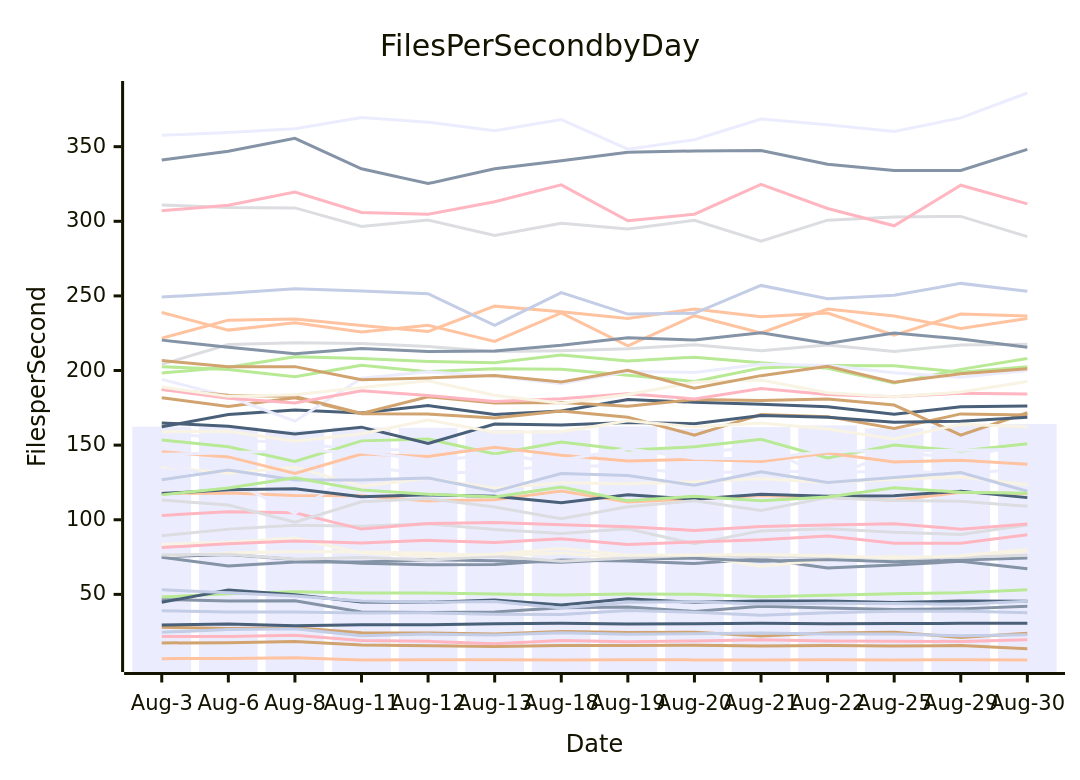
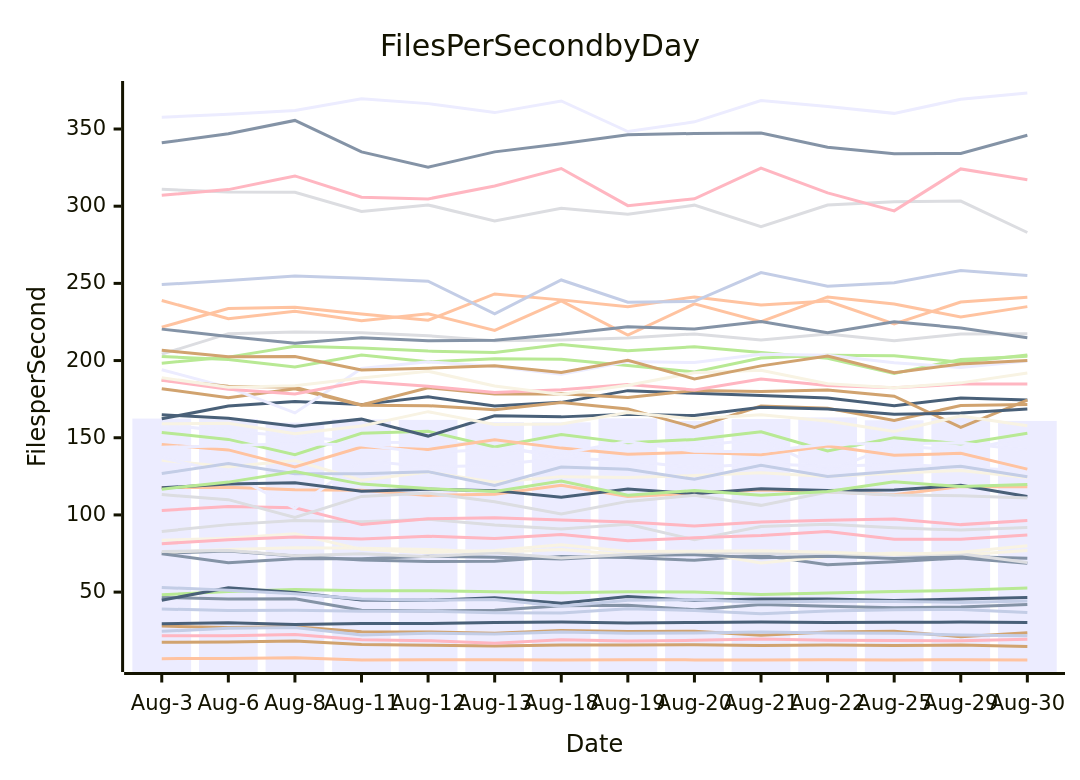
One commit to streetsidesoftware/cspell changed the diagram in perf-report.md. Above: the diagram before and after it, drawn with Mermaid. The commit also changed other lines of this file and 1 other file, not shown here.

````diff
--- a/perf-report.md
+++ b/perf-report.md
@@ -10,57 +10,57 @@
 ```mermaid
 xychart-beta
     title Files Per Second by Day
     y-axis Files per Second
     x-axis Date [Aug-3, Aug-6, Aug-8, Aug-11, Aug-12, Aug-13, Aug-18, Aug-19, Aug-20, Aug-21, Aug-22, Aug-25, Aug-29, Aug-30]
-    bar [162.42, 162.15, 159.78, 161.87, 161.59, 160.12, 160.00, 162.54, 160.82, 162.11, 163.20, 161.31, 162.91, 164.18]
-    line [46.57, 45.56, 45.66, 38.22, 37.79, 38.23, 41.09, 41.54, 38.59, 41.99, 40.85, 39.81, 40.28, 42.12]
-    line [6.91, 7.06, 7.47, 6.09, 6.22, 6.12, 6.05, 6.23, 6.09, 6.02, 6.19, 6.02, 6.20, 6.08]
-    line [89.32, 93.72, 96.32, 95.66, 97.25, 93.41, 90.83, 93.92, 83.91, 92.53, 93.93, 91.70, 90.17, 96.51]
-    line [48.27, 50.39, 51.68, 50.89, 50.88, 50.22, 49.59, 50.25, 50.03, 48.40, 49.47, 50.47, 51.15, 53.13]
-    line [27.98, 27.09, 27.59, 24.33, 24.19, 23.40, 25.07, 24.48, 24.64, 22.11, 24.14, 24.67, 21.16, 23.93]
-    line [24.58, 26.54, 27.00, 22.24, 23.36, 22.81, 24.23, 23.27, 23.59, 24.08, 23.43, 23.40, 22.23, 22.88]
-    line [102.88, 105.40, 104.69, 93.74, 97.45, 98.22, 96.65, 95.35, 92.84, 95.49, 96.50, 97.40, 93.72, 97.10]
-    line [44.73, 52.88, 49.80, 44.85, 44.73, 46.28, 42.85, 47.12, 44.69, 45.57, 45.49, 44.61, 45.50, 45.42]
-    line [135.43, 131.19, 135.23, 122.44, 127.81, 121.17, 124.81, 124.18, 125.47, 127.40, 124.91, 126.98, 128.83, 123.47]
-    line [158.79, 154.00, 151.10, 147.11, 146.86, 146.10, 136.12, 147.29, 144.63, 149.12, 128.33, 145.05, 141.62, 150.98]
-    line [75.13, 76.66, 73.32, 70.77, 69.86, 70.01, 73.04, 72.36, 70.62, 73.83, 67.67, 69.68, 72.12, 67.14]
-    line [117.78, 117.94, 116.33, 116.04, 112.64, 113.43, 119.19, 111.93, 114.00, 116.17, 114.97, 113.11, 118.41, 117.46]
-    line [310.96, 309.18, 308.97, 296.59, 300.81, 290.46, 298.69, 294.82, 300.68, 286.71, 300.74, 302.95, 303.29, 289.69]
-    line [202.60, 200.71, 195.89, 203.57, 199.20, 201.23, 200.81, 196.78, 192.62, 201.64, 203.42, 203.18, 198.91, 202.59]
-    line [17.45, 17.65, 18.37, 15.99, 15.64, 15.11, 15.67, 15.78, 15.86, 15.35, 15.70, 15.41, 15.75, 13.64]
-    line [53.03, 51.13, 48.90, 45.53, 44.69, 45.18, 40.85, 44.70, 45.09, 43.47, 44.07, 43.94, 43.35, 45.33]
-    line [21.72, 21.80, 22.54, 19.07, 18.54, 16.95, 19.10, 18.27, 18.74, 19.65, 18.80, 18.62, 18.45, 19.51]
-    line [162.30, 170.51, 173.47, 171.46, 176.49, 170.50, 172.92, 180.52, 178.78, 177.41, 175.76, 170.70, 175.74, 176.29]
-    line [75.71, 77.66, 78.66, 78.35, 77.65, 75.86, 77.65, 74.07, 76.09, 68.93, 73.13, 75.35, 74.03, 79.20]
-    line [137.05, 127.16, 104.34, 135.34, 130.97, 132.26, 136.82, 135.16, 130.52, 133.31, 131.34, 132.85, 130.95, 133.97]
-    line [74.92, 69.05, 71.64, 71.63, 73.23, 72.55, 71.44, 73.71, 74.27, 72.25, 73.30, 71.82, 72.99, 74.32]
-    line [238.93, 227.08, 231.94, 225.75, 230.29, 219.53, 238.65, 216.52, 236.75, 225.24, 241.21, 236.60, 228.23, 234.90]
-    line [76.34, 76.92, 73.53, 74.78, 72.96, 75.57, 72.13, 74.31, 76.20, 74.98, 75.32, 73.98, 74.92, 76.29]
-    line [198.32, 202.22, 209.23, 208.13, 206.12, 205.21, 210.46, 206.31, 208.96, 205.28, 201.48, 191.68, 200.76, 208.00]
-    line [181.77, 175.87, 181.75, 171.06, 170.80, 168.18, 172.80, 168.69, 156.73, 170.52, 169.10, 161.12, 170.94, 170.25]
-    line [39.03, 38.14, 38.18, 37.54, 37.60, 36.71, 36.51, 39.25, 38.04, 36.06, 37.72, 38.63, 38.79, 37.64]
-    line [307.09, 310.74, 319.60, 305.87, 304.71, 313.08, 324.40, 300.37, 304.78, 324.68, 308.60, 296.98, 324.16, 311.70]
-    line [117.60, 120.09, 120.85, 115.35, 116.69, 115.74, 111.39, 116.78, 113.71, 117.01, 115.75, 116.08, 119.18, 114.83]
-    line [83.62, 84.88, 87.82, 77.70, 75.58, 76.94, 80.70, 76.26, 76.41, 76.73, 75.85, 74.38, 75.85, 80.03]
-    line [194.07, 182.58, 166.07, 194.86, 199.17, 196.17, 191.14, 199.41, 198.71, 204.15, 203.44, 198.55, 195.50, 200.03]
-    line [341.03, 346.90, 355.56, 335.17, 325.27, 335.20, 340.52, 346.23, 347.14, 347.41, 338.20, 333.97, 334.12, 348.18]
-    line [221.63, 233.74, 234.59, 230.11, 226.13, 243.15, 239.31, 234.89, 241.23, 236.06, 238.56, 223.75, 237.91, 236.57]
-    line [204.15, 217.44, 218.55, 218.05, 216.13, 212.80, 213.27, 214.61, 217.28, 213.25, 217.17, 212.77, 217.16, 217.55]
-    line [153.39, 148.93, 139.04, 152.86, 154.13, 144.07, 152.10, 146.68, 148.87, 153.90, 141.45, 150.06, 146.03, 150.91]
-    line [187.46, 183.38, 182.66, 171.17, 182.41, 178.32, 178.57, 176.08, 180.57, 179.89, 180.99, 176.89, 156.76, 171.69]
-    line [126.83, 133.33, 126.61, 126.72, 128.04, 119.05, 131.02, 129.61, 123.08, 132.18, 124.93, 128.24, 131.60, 119.08]
-    line [187.31, 181.39, 178.30, 186.48, 183.29, 179.27, 181.07, 184.49, 180.99, 187.99, 183.89, 182.41, 184.77, 184.32]
-    line [29.48, 30.19, 29.03, 29.67, 29.60, 30.33, 30.62, 30.06, 30.32, 30.71, 30.33, 30.41, 30.59, 30.66]
-    line [188.91, 182.68, 183.70, 188.70, 193.07, 183.50, 178.10, 183.95, 192.12, 193.67, 185.05, 182.38, 185.55, 192.63]
-    line [357.63, 359.56, 362.02, 369.62, 366.45, 360.63, 368.14, 348.34, 354.65, 368.47, 364.63, 360.14, 369.32, 385.97]
-    line [220.37, 215.62, 211.22, 214.76, 212.79, 213.14, 217.00, 221.94, 220.45, 225.30, 218.11, 225.16, 221.13, 215.55]
-    line [145.58, 142.12, 131.06, 143.98, 142.41, 148.62, 143.28, 139.37, 140.53, 139.04, 144.69, 138.65, 139.89, 137.22]
-    line [113.19, 109.88, 98.38, 112.00, 114.17, 108.57, 100.66, 108.77, 112.72, 106.20, 114.85, 112.98, 112.47, 109.12]
-    line [116.67, 121.26, 128.17, 119.97, 117.10, 115.21, 121.90, 112.74, 115.76, 112.80, 115.24, 121.46, 118.37, 117.80]
-    line [206.67, 202.54, 202.61, 193.89, 195.05, 196.60, 192.32, 200.16, 188.13, 196.57, 202.87, 192.16, 197.82, 201.14]
-    line [249.24, 251.79, 254.83, 253.26, 251.44, 230.32, 252.21, 237.84, 238.36, 257.03, 248.15, 250.39, 258.39, 253.08]
-    line [81.39, 83.97, 85.77, 84.48, 86.21, 84.78, 87.25, 83.34, 85.16, 86.61, 89.19, 84.30, 84.25, 89.96]
-    line [164.91, 162.58, 157.48, 162.05, 151.08, 164.19, 163.52, 165.17, 164.35, 169.78, 168.65, 165.26, 166.00, 168.74]
-    line [159.02, 159.32, 152.64, 157.58, 166.90, 158.63, 158.95, 166.31, 162.23, 164.91, 160.87, 154.07, 164.02, 162.33]
-    line [143.82, 144.85, 146.35, 145.37, 140.27, 142.62, 139.83, 147.55, 141.21, 140.96, 145.89, 146.30, 146.55, 147.24]
+    bar [162.42, 162.15, 159.78, 161.87, 161.59, 160.12, 160.00, 162.54, 160.82, 162.11, 163.20, 161.31, 162.91, 160.90]
+    line [46.57, 45.56, 45.66, 38.22, 37.79, 38.23, 41.09, 41.54, 38.59, 41.99, 40.85, 39.81, 40.28, 42.03]
+    line [6.91, 7.06, 7.47, 6.09, 6.22, 6.12, 6.05, 6.23, 6.09, 6.02, 6.19, 6.02, 6.20, 6.06]
+    line [89.32, 93.72, 96.32, 95.66, 97.25, 93.41, 90.83, 93.92, 83.91, 92.53, 93.93, 91.70, 90.17, 91.83]
+    line [48.27, 50.39, 51.68, 50.89, 50.88, 50.22, 49.59, 50.25, 50.03, 48.40, 49.47, 50.47, 51.15, 52.62]
+    line [27.98, 27.09, 27.59, 24.33, 24.19, 23.40, 25.07, 24.48, 24.64, 22.11, 24.14, 24.67, 21.16, 23.75]
+    line [24.58, 26.54, 27.00, 22.24, 23.36, 22.81, 24.23, 23.27, 23.59, 24.08, 23.43, 23.40, 22.23, 21.77]
+    line [102.88, 105.40, 104.69, 93.74, 97.45, 98.22, 96.65, 95.35, 92.84, 95.49, 96.50, 97.40, 93.72, 96.32]
+    line [44.73, 52.88, 49.80, 44.85, 44.73, 46.28, 42.85, 47.12, 44.69, 45.57, 45.49, 44.61, 45.50, 46.52]
+    line [135.43, 131.19, 135.23, 122.44, 127.81, 121.17, 124.81, 124.18, 125.47, 127.40, 124.91, 126.98, 128.83, 124.30]
+    line [158.79, 154.00, 151.10, 147.11, 146.86, 146.10, 136.12, 147.29, 144.63, 149.12, 128.33, 145.05, 141.62, 150.26]
+    line [75.13, 76.66, 73.32, 70.77, 69.86, 70.01, 73.04, 72.36, 70.62, 73.83, 67.67, 69.68, 72.12, 68.68]
+    line [117.78, 117.94, 116.33, 116.04, 112.64, 113.43, 119.19, 111.93, 114.00, 116.17, 114.97, 113.11, 118.41, 118.24]
+    line [310.96, 309.18, 308.97, 296.59, 300.81, 290.46, 298.69, 294.82, 300.68, 286.71, 300.74, 302.95, 303.29, 282.95]
+    line [202.60, 200.71, 195.89, 203.57, 199.20, 201.23, 200.81, 196.78, 192.62, 201.64, 203.42, 203.18, 198.91, 203.60]
+    line [17.45, 17.65, 18.37, 15.99, 15.64, 15.11, 15.67, 15.78, 15.86, 15.35, 15.70, 15.41, 15.75, 14.71]
+    line [53.03, 51.13, 48.90, 45.53, 44.69, 45.18, 40.85, 44.70, 45.09, 43.47, 44.07, 43.94, 43.35, 44.29]
+    line [21.72, 21.80, 22.54, 19.07, 18.54, 16.95, 19.10, 18.27, 18.74, 19.65, 18.80, 18.62, 18.45, 19.43]
+    line [162.30, 170.51, 173.47, 171.46, 176.49, 170.50, 172.92, 180.52, 178.78, 177.41, 175.76, 170.70, 175.74, 174.48]
+    line [75.71, 77.66, 78.66, 78.35, 77.65, 75.86, 77.65, 74.07, 76.09, 68.93, 73.13, 75.35, 74.03, 77.03]
+    line [137.05, 127.16, 104.34, 135.34, 130.97, 132.26, 136.82, 135.16, 130.52, 133.31, 131.34, 132.85, 130.95, 128.47]
+    line [74.92, 69.05, 71.64, 71.63, 73.23, 72.55, 71.44, 73.71, 74.27, 72.25, 73.30, 71.82, 72.99, 71.96]
+    line [238.93, 227.08, 231.94, 225.75, 230.29, 219.53, 238.65, 216.52, 236.75, 225.24, 241.21, 236.60, 228.23, 234.94]
+    line [76.34, 76.92, 73.53, 74.78, 72.96, 75.57, 72.13, 74.31, 76.20, 74.98, 75.32, 73.98, 74.92, 69.25]
+    line [198.32, 202.22, 209.23, 208.13, 206.12, 205.21, 210.46, 206.31, 208.96, 205.28, 201.48, 191.68, 200.76, 202.83]
+    line [181.77, 175.87, 181.75, 171.06, 170.80, 168.18, 172.80, 168.69, 156.73, 170.52, 169.10, 161.12, 170.94, 171.48]
+    line [39.03, 38.14, 38.18, 37.54, 37.60, 36.71, 36.51, 39.25, 38.04, 36.06, 37.72, 38.63, 38.79, 36.82]
+    line [307.09, 310.74, 319.60, 305.87, 304.71, 313.08, 324.40, 300.37, 304.78, 324.68, 308.60, 296.98, 324.16, 317.18]
+    line [117.60, 120.09, 120.85, 115.35, 116.69, 115.74, 111.39, 116.78, 113.71, 117.01, 115.75, 116.08, 119.18, 111.91]
+    line [83.62, 84.88, 87.82, 77.70, 75.58, 76.94, 80.70, 76.26, 76.41, 76.73, 75.85, 74.38, 75.85, 80.00]
+    line [194.07, 182.58, 166.07, 194.86, 199.17, 196.17, 191.14, 199.41, 198.71, 204.15, 203.44, 198.55, 195.50, 199.75]
+    line [341.03, 346.90, 355.56, 335.17, 325.27, 335.20, 340.52, 346.23, 347.14, 347.41, 338.20, 333.97, 334.12, 345.97]
+    line [221.63, 233.74, 234.59, 230.11, 226.13, 243.15, 239.31, 234.89, 241.23, 236.06, 238.56, 223.75, 237.91, 241.06]
+    line [204.15, 217.44, 218.55, 218.05, 216.13, 212.80, 213.27, 214.61, 217.28, 213.25, 217.17, 212.77, 217.16, 217.30]
+    line [153.39, 148.93, 139.04, 152.86, 154.13, 144.07, 152.10, 146.68, 148.87, 153.90, 141.45, 150.06, 146.03, 152.87]
+    line [187.46, 183.38, 182.66, 171.17, 182.41, 178.32, 178.57, 176.08, 180.57, 179.89, 180.99, 176.89, 156.76, 174.43]
+    line [126.83, 133.33, 126.61, 126.72, 128.04, 119.05, 131.02, 129.61, 123.08, 132.18, 124.93, 128.24, 131.60, 124.67]
+    line [187.31, 181.39, 178.30, 186.48, 183.29, 179.27, 181.07, 184.49, 180.99, 187.99, 183.89, 182.41, 184.77, 184.80]
+    line [29.48, 30.19, 29.03, 29.67, 29.60, 30.33, 30.62, 30.06, 30.32, 30.71, 30.33, 30.41, 30.59, 30.37]
+    line [188.91, 182.68, 183.70, 188.70, 193.07, 183.50, 178.10, 183.95, 192.12, 193.67, 185.05, 182.38, 185.55, 191.91]
+    line [357.63, 359.56, 362.02, 369.62, 366.45, 360.63, 368.14, 348.34, 354.65, 368.47, 364.63, 360.14, 369.32, 373.33]
+    line [220.37, 215.62, 211.22, 214.76, 212.79, 213.14, 217.00, 221.94, 220.45, 225.30, 218.11, 225.16, 221.13, 214.78]
+    line [145.58, 142.12, 131.06, 143.98, 142.41, 148.62, 143.28, 139.37, 140.53, 139.04, 144.69, 138.65, 139.89, 129.65]
+    line [113.19, 109.88, 98.38, 112.00, 114.17, 108.57, 100.66, 108.77, 112.72, 106.20, 114.85, 112.98, 112.47, 111.04]
+    line [116.67, 121.26, 128.17, 119.97, 117.10, 115.21, 121.90, 112.74, 115.76, 112.80, 115.24, 121.46, 118.37, 119.75]
+    line [206.67, 202.54, 202.61, 193.89, 195.05, 196.60, 192.32, 200.16, 188.13, 196.57, 202.87, 192.16, 197.82, 200.02]
+    line [249.24, 251.79, 254.83, 253.26, 251.44, 230.32, 252.21, 237.84, 238.36, 257.03, 248.15, 250.39, 258.39, 255.08]
+    line [81.39, 83.97, 85.77, 84.48, 86.21, 84.78, 87.25, 83.34, 85.16, 86.61, 89.19, 84.30, 84.25, 87.05]
+    line [164.91, 162.58, 157.48, 162.05, 151.08, 164.19, 163.52, 165.17, 164.35, 169.78, 168.65, 165.26, 166.00, 168.58]
+    line [159.02, 159.32, 152.64, 157.58, 166.90, 158.63, 158.95, 166.31, 162.23, 164.91, 160.87, 154.07, 164.02, 157.81]
+    line [143.82, 144.85, 146.35, 145.37, 140.27, 142.62, 139.83, 147.55, 141.21, 140.96, 145.89, 146.30, 146.55, 142.02]
 ```
````
